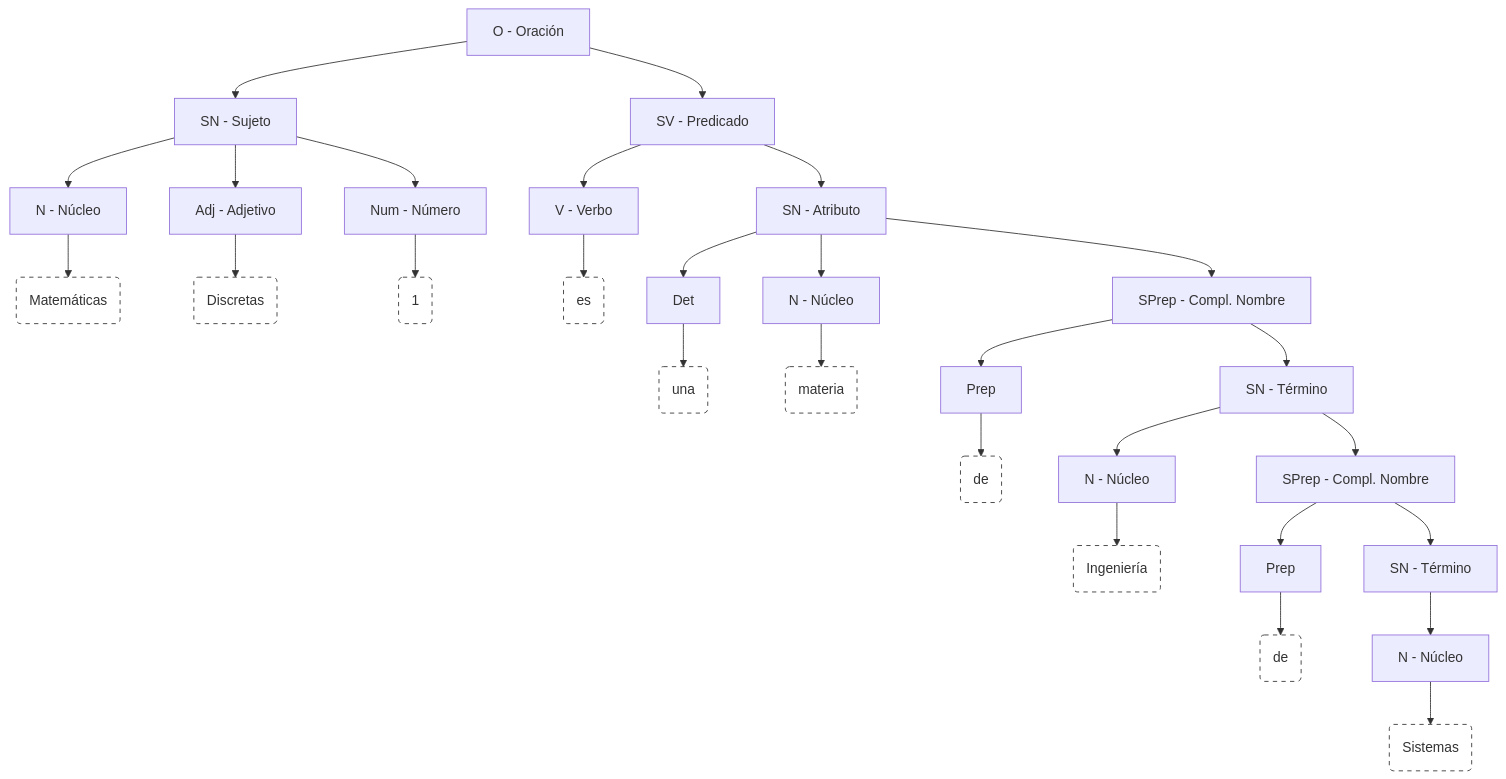
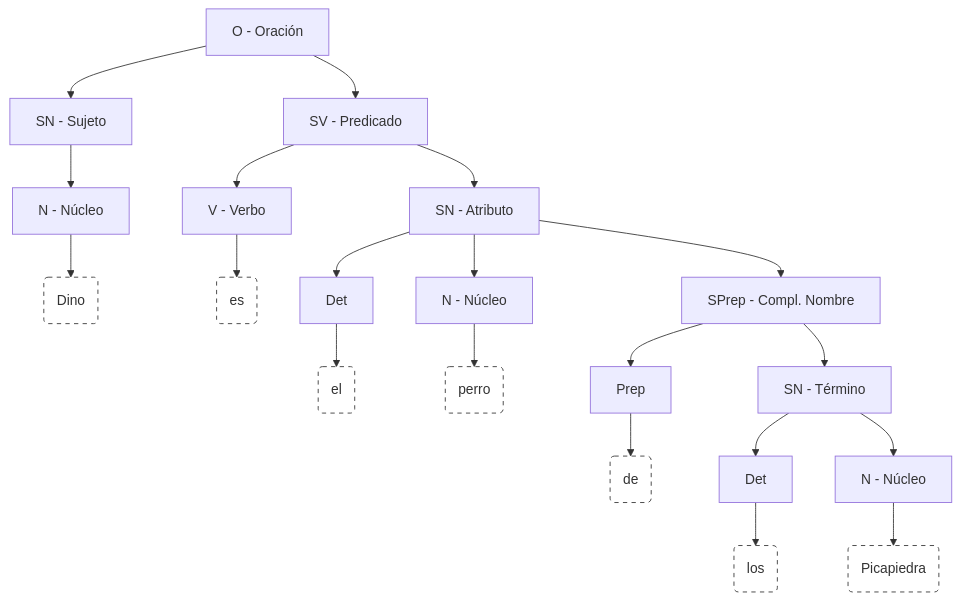
Before and after one commit to discretas1-udea/discretas1-udea-20261: the diagram in lessons/mod1/clase1.md, drawn with Mermaid. The commit also changed other lines of this file and 2 other files, not shown here.

Commit message:
Actualizacion

````diff
--- a/lessons/mod1/clase1.md
+++ b/lessons/mod1/clase1.md
@@ -33,53 +33,45 @@
 ```mermaid
 graph TD
+    %% Nivel Superior: Oración
     O[O - Oración] --> SN1[SN - Sujeto]
     O --> SV[SV - Predicado]
 
+    %% Sujeto
     SN1 --> N1[N - Núcleo]
-    SN1 --> Adj[Adj - Adjetivo]
-    SN1 --> Num[Num - Número]
-    
-    N1 --> w1("Matemáticas")
-    Adj --> w2("Discretas")
-    Num --> w3("1")
+    N1 --> w1("Dino")
 
+    %% Predicado
     SV --> V[V - Verbo]
     SV --> SN2[SN - Atributo]
     
-    V --> w4("es")
+    V --> w2("es")
 
-    SN2 --> Det[Det]
+    %% Atributo (el perro de los Picapiedra)
+    SN2 --> Det1[Det]
     SN2 --> N2[N - Núcleo]
-    SN2 --> SPrep1[SPrep - Compl. Nombre]
+    SN2 --> SPrep[SPrep - Compl. Nombre]
     
-    Det --> w5("una")
-    N2 --> w6("materia")
+    Det1 --> w3("el")
+    N2 --> w4("perro")
 
-    SPrep1 --> Prep1[Prep]
-    SPrep1 --> SN3[SN - Término]
+    %% Complemento (de los Picapiedra)
+    SPrep --> Prep[Prep]
+    SPrep --> SN3[SN - Término]
     
-    Prep1 --> w7("de")
+    Prep --> w5("de")
     
+    SN3 --> Det2[Det]
     SN3 --> N3[N - Núcleo]
-    SN3 --> SPrep2[SPrep - Compl. Nombre]
     
-    N3 --> w8("Ingeniería")
-    
-    SPrep2 --> Prep2[Prep]
-    SPrep2 --> SN4[SN - Término]
-    
-    Prep2 --> w9("de")
-    SN4 --> N4[N - Núcleo]
-    N4 --> w10("Sistemas")
+    Det2 --> w6("los")
+    N3 --> w7("Picapiedra")
 
+    %% Estilos (Cajas punteadas para las palabras)
     style w1 fill:#fff,stroke:#333,stroke-dasharray: 5 5
     style w2 fill:#fff,stroke:#333,stroke-dasharray: 5 5
     style w3 fill:#fff,stroke:#333,stroke-dasharray: 5 5
     style w4 fill:#fff,stroke:#333,stroke-dasharray: 5 5
     style w5 fill:#fff,stroke:#333,stroke-dasharray: 5 5
     style w6 fill:#fff,stroke:#333,stroke-dasharray: 5 5
     style w7 fill:#fff,stroke:#333,stroke-dasharray: 5 5
-    style w8 fill:#fff,stroke:#333,stroke-dasharray: 5 5
-    style w9 fill:#fff,stroke:#333,stroke-dasharray: 5 5
-    style w10 fill:#fff,stroke:#333,stroke-dasharray: 5 5
 ```
````
